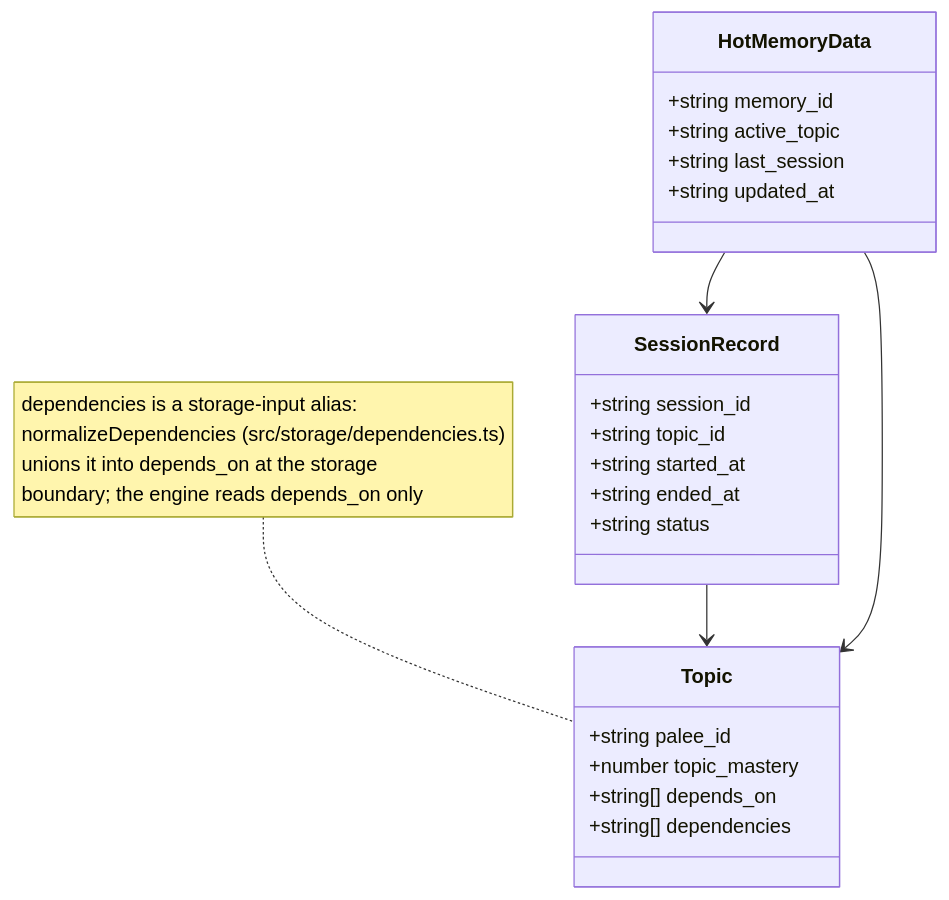
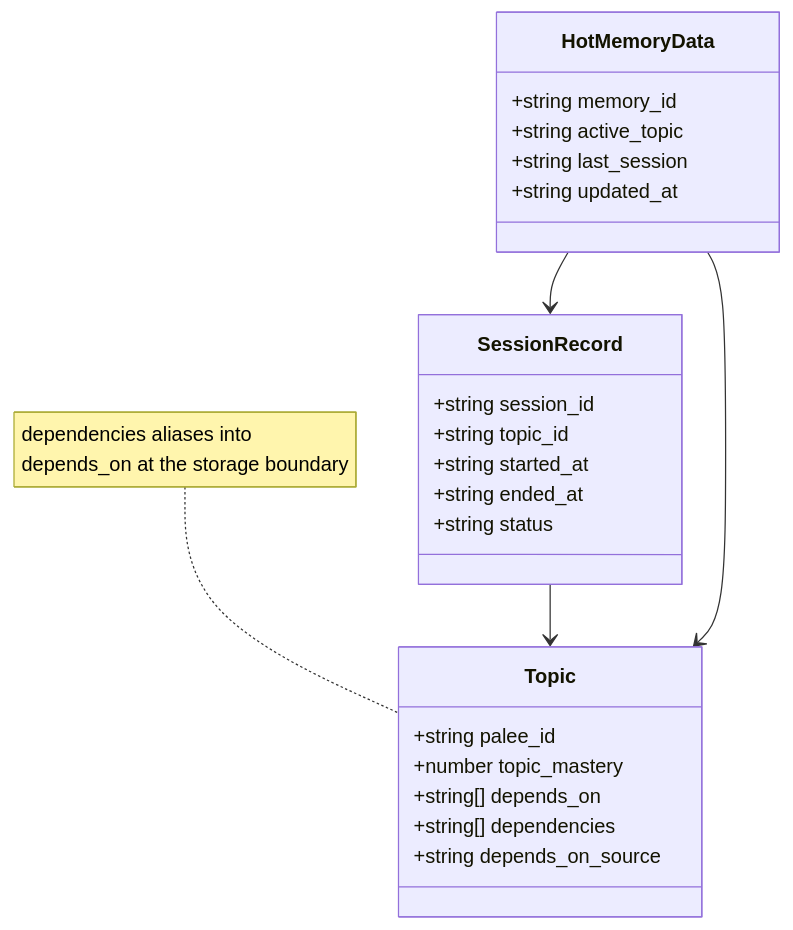
Before and after one commit to Kuldeep2822k/cli: the third of 3 diagrams in docs/09-glossary.md, drawn with Mermaid. The commit also changed other lines of this file and 78 other files, not shown here.

````diff
--- a/docs/09-glossary.md
+++ b/docs/09-glossary.md
@@ -145,26 +150,27 @@
 ```mermaid
 classDiagram
     class HotMemoryData {
         +string memory_id
         +string active_topic
         +string last_session
         +string updated_at
     }
     class SessionRecord {
         +string session_id
         +string topic_id
         +string started_at
         +string ended_at
         +string status
     }
     class Topic {
         +string palee_id
         +number topic_mastery
         +string[] depends_on
         +string[] dependencies
+        +string depends_on_source
     }
-    note for Topic "dependencies is a storage-input alias:<br/>normalizeDependencies (src/storage/dependencies.ts)<br/>unions it into depends_on at the storage<br/>boundary; the engine reads depends_on only"
+    note for Topic "dependencies aliases into<br/>depends_on at the storage boundary"
     HotMemoryData --> SessionRecord
     SessionRecord --> Topic
     HotMemoryData --> Topic
 ```
````
